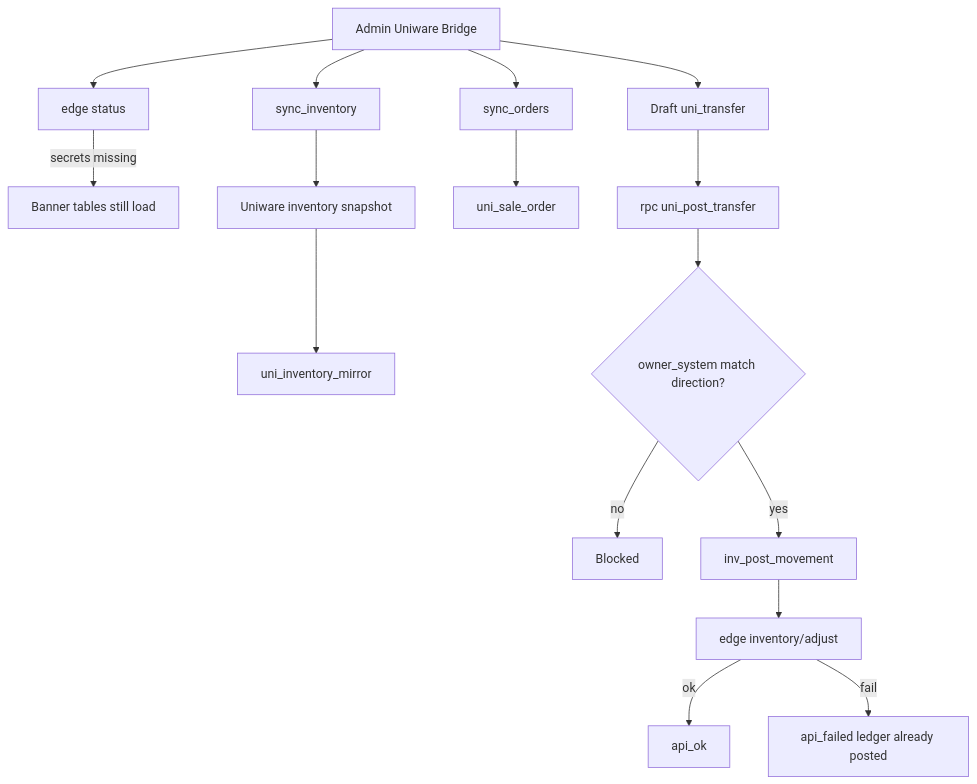
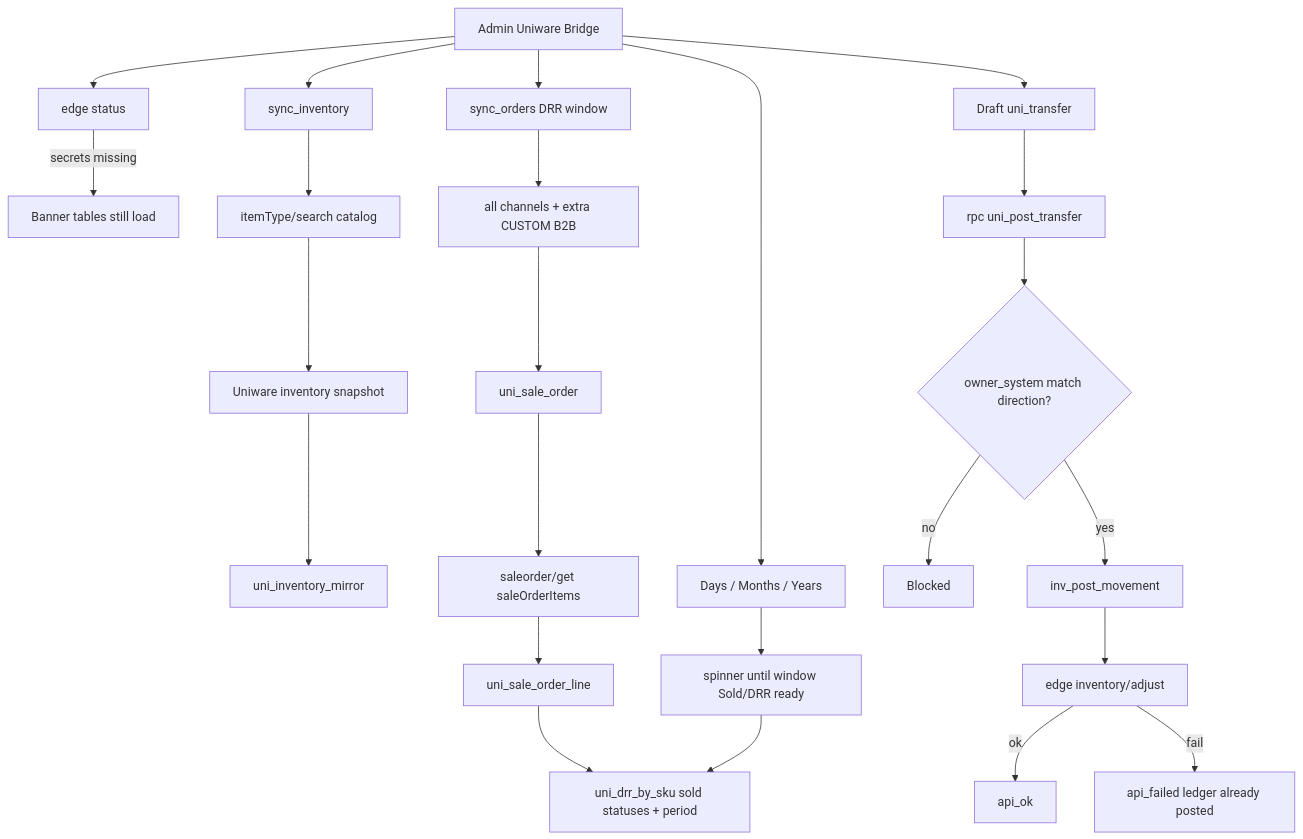
Before and after one commit to Mayur8291/Printing-Tracker: diagram 12 of 31 in docs/FLOWCHARTS.md, drawn with Mermaid. The commit also changed other lines of this file and 50 other files, not shown here.

First line of the commit message:
Add notification filters and land pending sampling SLA plus Uniware DRR work.

````diff
--- a/docs/FLOWCHARTS.md
+++ b/docs/FLOWCHARTS.md
@@ -98,18 +158,26 @@
 ```mermaid
 flowchart TD
   Admin[Admin Uniware Bridge] --> Status[edge status]
   Status -->|secrets missing| Banner[Banner tables still load]
   Admin --> SyncInv[sync_inventory]
-  SyncInv --> Snap[Uniware inventory snapshot]
+  SyncInv --> Catalog[itemType/search catalog]
+  Catalog --> Snap[Uniware inventory snapshot]
   Snap --> Mirror[uni_inventory_mirror]
-  Admin --> SyncOrd[sync_orders]
-  SyncOrd --> So[uni_sale_order]
+  Admin --> SyncOrd[sync_orders DRR window]
+  SyncOrd --> AllCh[all channels + extra CUSTOM B2B]
+  AllCh --> So[uni_sale_order]
+  So --> Lines[saleorder/get saleOrderItems]
+  Lines --> LineTab[uni_sale_order_line]
+  LineTab --> Drr[uni_drr_by_sku sold statuses + period]
+  Admin --> Period[Days / Months / Years]
+  Period --> Spin[spinner until window Sold/DRR ready]
+  Spin --> Drr
   Admin --> Draft[Draft uni_transfer]
   Draft --> Post[rpc uni_post_transfer]
   Post --> Owners{owner_system match direction?}
   Owners -->|no| Block[Blocked]
   Owners -->|yes| Move[inv_post_movement]
   Move --> Adj[edge inventory/adjust]
   Adj -->|ok| ApiOk[api_ok]
   Adj -->|fail| ApiFail[api_failed ledger already posted]
 ```
````
